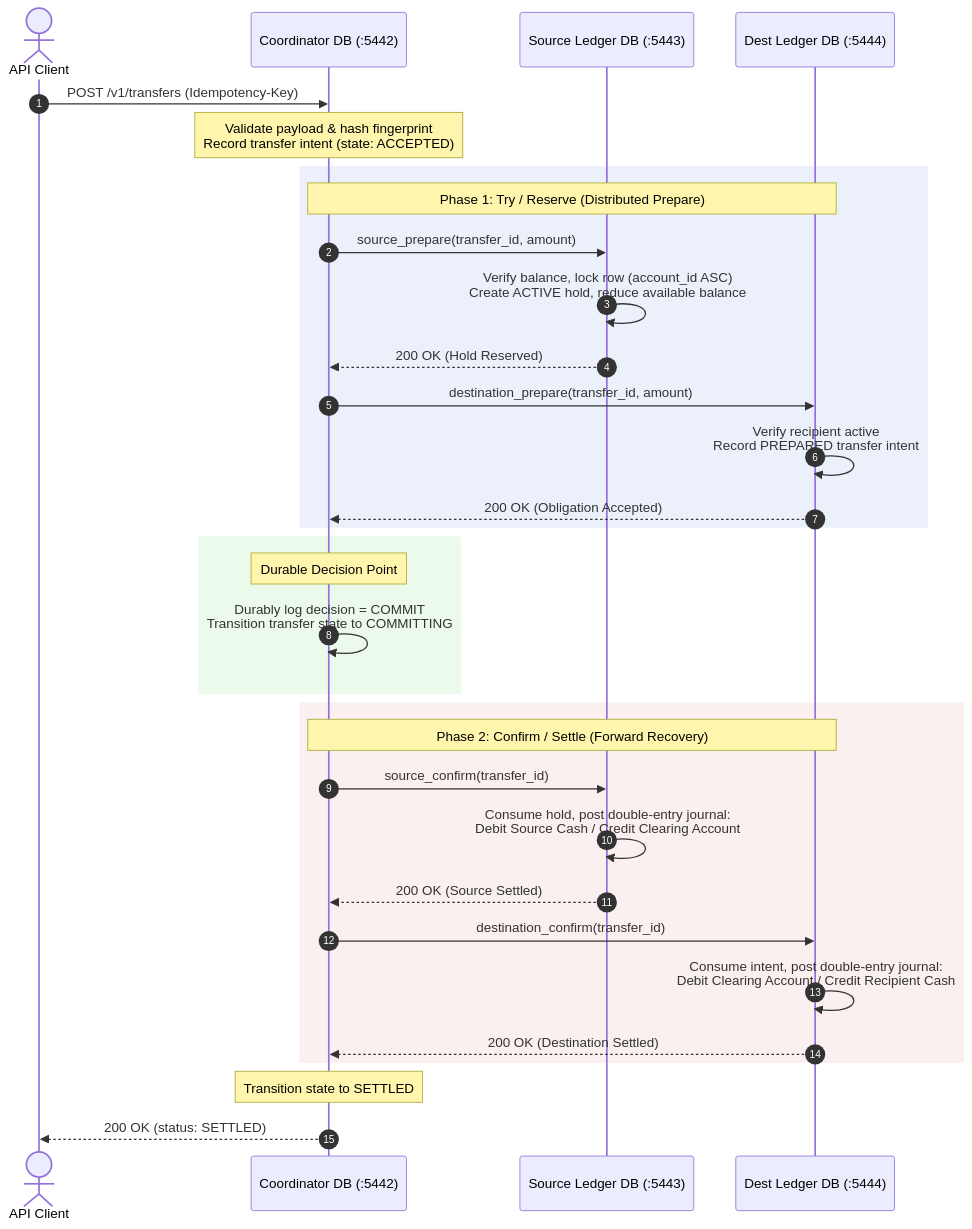
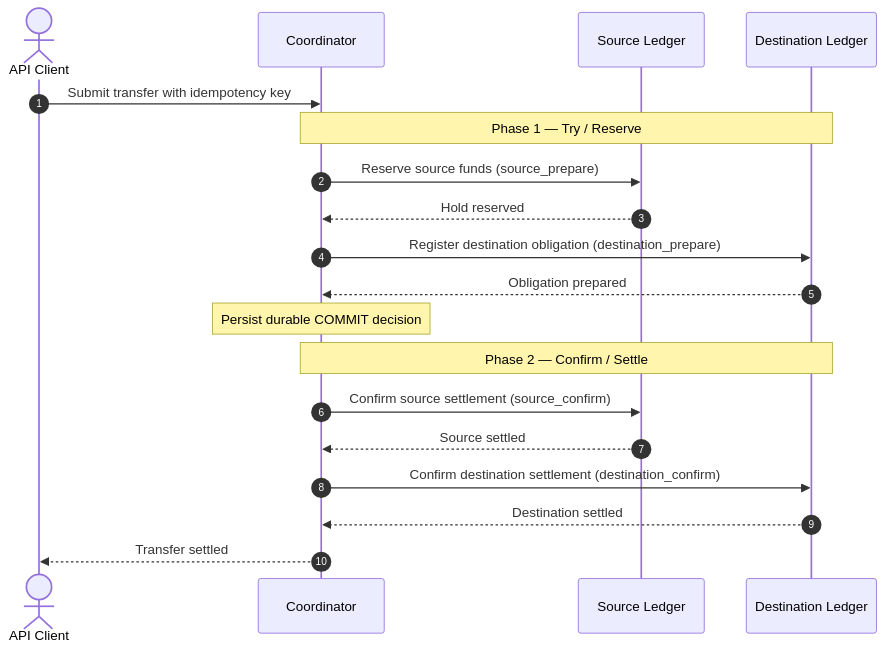
Before and after one commit to simply-mihir/LedgerGuard: the second of 2 diagrams in README.md, drawn with Mermaid. The commit also changed other lines of this file and 1 other file, not shown here.

````diff
--- a/README.md
+++ b/README.md
@@ -136,41 +114,24 @@
 ```mermaid
 sequenceDiagram
     autonumber
     actor Client as API Client
-    participant Coord as Coordinator DB (:5442)
-    participant L1 as Source Ledger DB (:5443)
-    participant L2 as Dest Ledger DB (:5444)
+    participant Coord as Coordinator
+    participant L1 as Source Ledger
+    participant L2 as Destination Ledger
 
-    Client->>Coord: POST /v1/transfers (Idempotency-Key)
-    Note over Coord: Validate payload & hash fingerprint<br/>Record transfer intent (state: ACCEPTED)
+    Client->>Coord: Submit transfer with idempotency key
+    Note over Coord,L2: Phase 1 — Try / Reserve
+    Coord->>L1: Reserve source funds (source_prepare)
+    L1-->>Coord: Hold reserved
+    Coord->>L2: Register destination obligation (destination_prepare)
+    L2-->>Coord: Obligation prepared
 
-    rect rgb(235, 240, 250)
-        Note over Coord, L2: Phase 1: Try / Reserve (Distributed Prepare)
-        Coord->>L1: source_prepare(transfer_id, amount)
-        L1->>L1: Verify balance, lock row (account_id ASC)<br/>Create ACTIVE hold, reduce available balance
-        L1-->>Coord: 200 OK (Hold Reserved)
+    Note over Coord: Persist durable COMMIT decision
 
-        Coord->>L2: destination_prepare(transfer_id, amount)
-        L2->>L2: Verify recipient active<br/>Record PREPARED transfer intent
-        L2-->>Coord: 200 OK (Obligation Accepted)
-    end
-
-    rect rgb(235, 250, 235)
-        Note over Coord: Durable Decision Point
-        Coord->>Coord: Durably log decision = COMMIT<br/>Transition transfer state to COMMITTING
-    end
-
-    rect rgb(250, 240, 240)
-        Note over Coord, L2: Phase 2: Confirm / Settle (Forward Recovery)
-        Coord->>L1: source_confirm(transfer_id)
-        L1->>L1: Consume hold, post double-entry journal:<br/>Debit Source Cash / Credit Clearing Account
-        L1-->>Coord: 200 OK (Source Settled)
-
-        Coord->>L2: destination_confirm(transfer_id)
-        L2->>L2: Consume intent, post double-entry journal:<br/>Debit Clearing Account / Credit Recipient Cash
-        L2-->>Coord: 200 OK (Destination Settled)
-    end
-
-    Note over Coord: Transition state to SETTLED
-    Coord-->>Client: 200 OK (status: SETTLED)
+    Note over Coord,L2: Phase 2 — Confirm / Settle
+    Coord->>L1: Confirm source settlement (source_confirm)
+    L1-->>Coord: Source settled
+    Coord->>L2: Confirm destination settlement (destination_confirm)
+    L2-->>Coord: Destination settled
+    Coord-->>Client: Transfer settled
 ```
````
